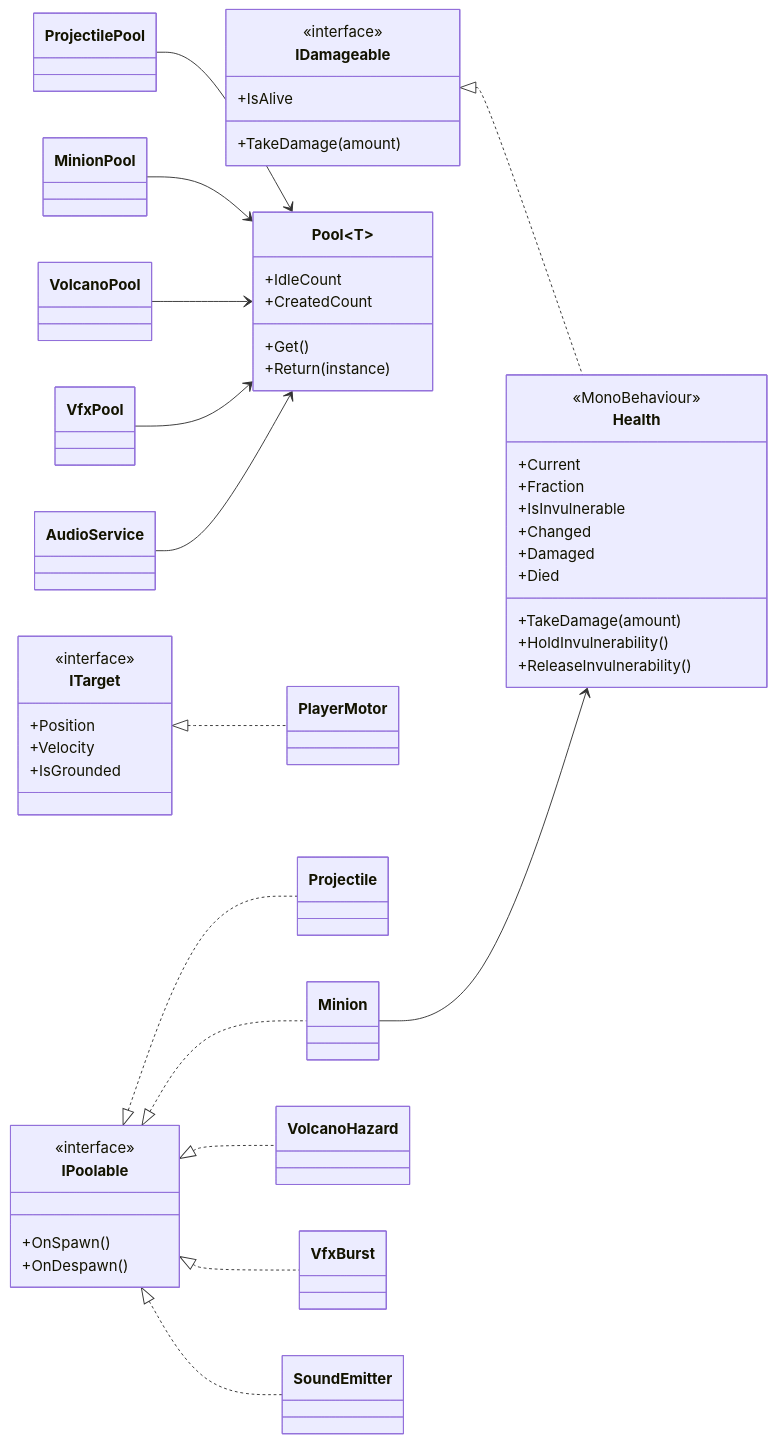
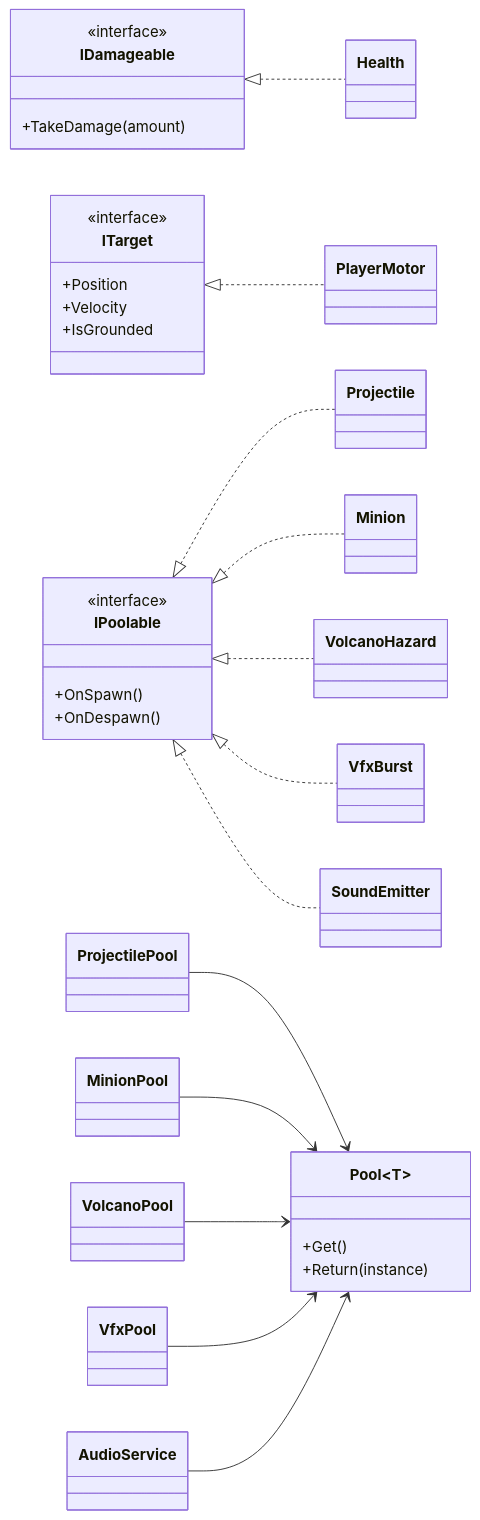
One commit to Huji-Bezalel-Advanced-Unity/Itai-Muntner-Boss-Level changed the second of 2 diagrams in README.md. Above: the diagram before and after it, drawn with Mermaid. The commit also changed other lines of this file, not shown here.

First line of the commit message:
Cut the README to two leaner diagrams

````diff
--- a/README.md
+++ b/README.md
@@ -180,60 +129,39 @@
 ```mermaid
 classDiagram
     direction LR
 
     class IDamageable {
         <<interface>>
-        +IsAlive
         +TakeDamage(amount)
     }
-
     class ITarget {
         <<interface>>
         +Position
         +Velocity
         +IsGrounded
     }
-
     class IPoolable {
         <<interface>>
         +OnSpawn()
         +OnDespawn()
     }
-
     class Pool~T~ {
-        +IdleCount
-        +CreatedCount
         +Get()
         +Return(instance)
-    }
-
-    class Health {
-        <<MonoBehaviour>>
-        +Current
-        +Fraction
-        +IsInvulnerable
-        +Changed
-        +Damaged
-        +Died
-        +TakeDamage(amount)
-        +HoldInvulnerability()
-        +ReleaseInvulnerability()
     }
 
     IDamageable <|.. Health
     ITarget <|.. PlayerMotor
 
     IPoolable <|.. Projectile
     IPoolable <|.. Minion
     IPoolable <|.. VolcanoHazard
     IPoolable <|.. VfxBurst
     IPoolable <|.. SoundEmitter
 
     ProjectilePool --> Pool~T~
     MinionPool --> Pool~T~
     VolcanoPool --> Pool~T~
     VfxPool --> Pool~T~
     AudioService --> Pool~T~
-
-    Minion --> Health
 ```
````
